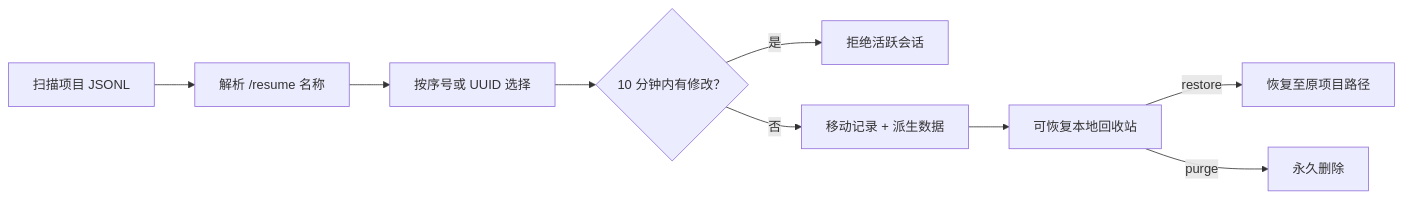
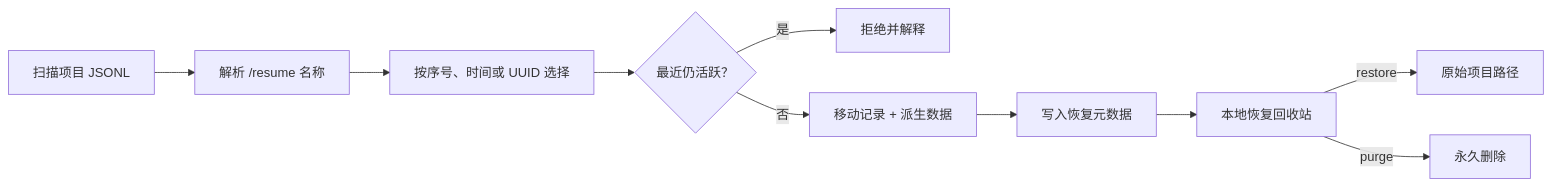
Before and after one commit to ihoooohi/claude-code-session-cleaner: the diagram in README_CN.md, drawn with Mermaid. The commit also changed other lines of this file and 10 other files, not shown here.

````diff
--- a/README_CN.md
+++ b/README_CN.md
@@ -74,11 +133,12 @@
 ```mermaid
 flowchart LR
     A["扫描项目 JSONL"] --> B["解析 /resume 名称"]
-    B --> C["按序号或 UUID 选择"]
-    C --> D{"10 分钟内有修改？"}
-    D -- 是 --> E["拒绝活跃会话"]
+    B --> C["按序号、时间或 UUID 选择"]
+    C --> D{"最近仍活跃？"}
+    D -- 是 --> E["拒绝并解释"]
     D -- 否 --> F["移动记录 + 派生数据"]
-    F --> G["可恢复本地回收站"]
-    G -->|restore| H["恢复至原项目路径"]
-    G -->|purge| I["永久删除"]
+    F --> G["写入恢复元数据"]
+    G --> H["本地恢复回收站"]
+    H -->|restore| I["原始项目路径"]
+    H -->|purge| J["永久删除"]
 ```
````
